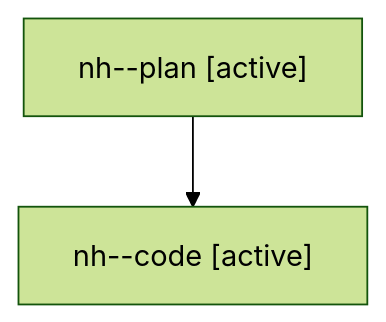
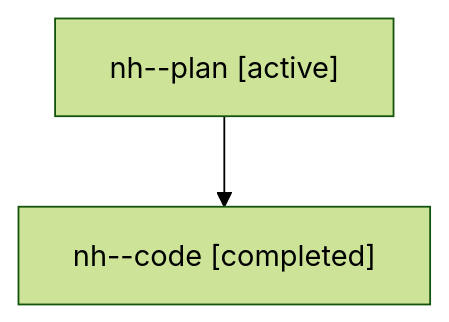
Before and after one commit to sase-org/sase--agents: the diagram in families/bbugyi200.athena.nh.md, drawn with Mermaid (forest theme). The commit also changed other lines of this file and 5813 other files, not shown here.

````diff
--- a/families/bbugyi200.athena.nh.md
+++ b/families/bbugyi200.athena.nh.md
@@ -9,6 +9,6 @@
 ```mermaid
 flowchart TD
   n0["nh--plan [active]"]
-  n1["nh--code [active]"]
+  n1["nh--code [completed]"]
   n0 --> n1
 ```
````
